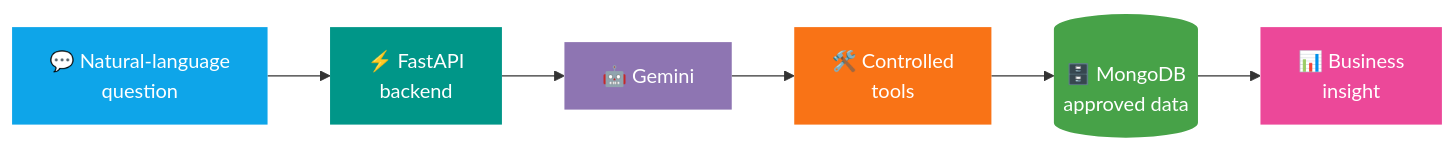
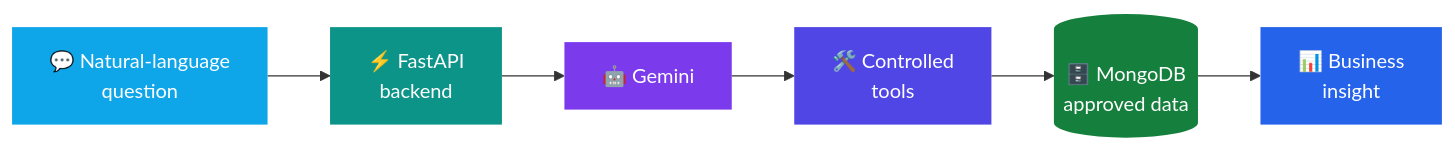
The first of 4 diagrams in README.md (paraskosambe-web/paraskosambe-web), drawn with Mermaid before and after one commit. The commit also changed other lines of this file, not shown here.

````diff
--- a/README.md
+++ b/README.md
@@ -165,14 +169,14 @@
 ```mermaid
 flowchart LR
     Q["💬 Natural-language<br/>question"] --> A["⚡ FastAPI<br/>backend"]
     A --> G["🤖 Gemini"]
     G --> T["🛠️ Controlled<br/>tools"]
     T --> D[("🗄️ MongoDB<br/>approved data")]
     D --> I["📊 Business<br/>insight"]
     style Q fill:#0ea5e9,stroke:none,color:#fff
-    style A fill:#009688,stroke:none,color:#fff
-    style G fill:#8E75B2,stroke:none,color:#fff
-    style T fill:#f97316,stroke:none,color:#fff
-    style D fill:#47A248,stroke:none,color:#fff
-    style I fill:#ec4899,stroke:none,color:#fff
+    style A fill:#0d9488,stroke:none,color:#fff
+    style G fill:#7c3aed,stroke:none,color:#fff
+    style T fill:#4f46e5,stroke:none,color:#fff
+    style D fill:#15803d,stroke:none,color:#fff
+    style I fill:#2563eb,stroke:none,color:#fff
 ```
````
